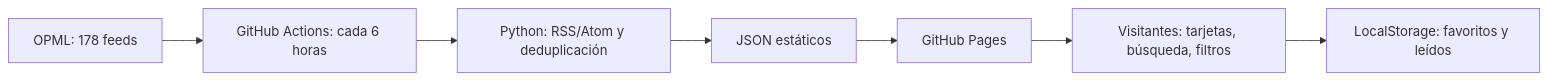
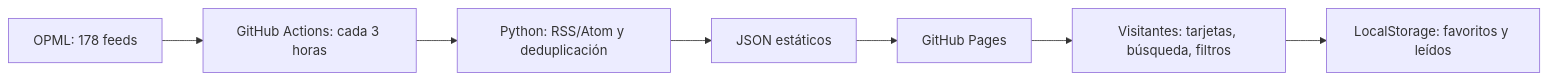
Before and after one commit to medinacaj/notisonda: the diagram in README.md, drawn with Mermaid. The commit also changed other lines of this file and 22 other files, not shown here.

````diff
--- a/README.md
+++ b/README.md
@@ -9,9 +9,9 @@
 ```mermaid
 flowchart LR
-  A[OPML: 178 feeds] --> B[GitHub Actions: cada 6 horas]
+  A[OPML: 178 feeds] --> B[GitHub Actions: cada 3 horas]
   B --> C[Python: RSS/Atom y deduplicación]
   C --> D[JSON estáticos]
   D --> E[GitHub Pages]
   E --> F[Visitantes: tarjetas, búsqueda, filtros]
   F --> G[LocalStorage: favoritos y leídos]
 ```
````
